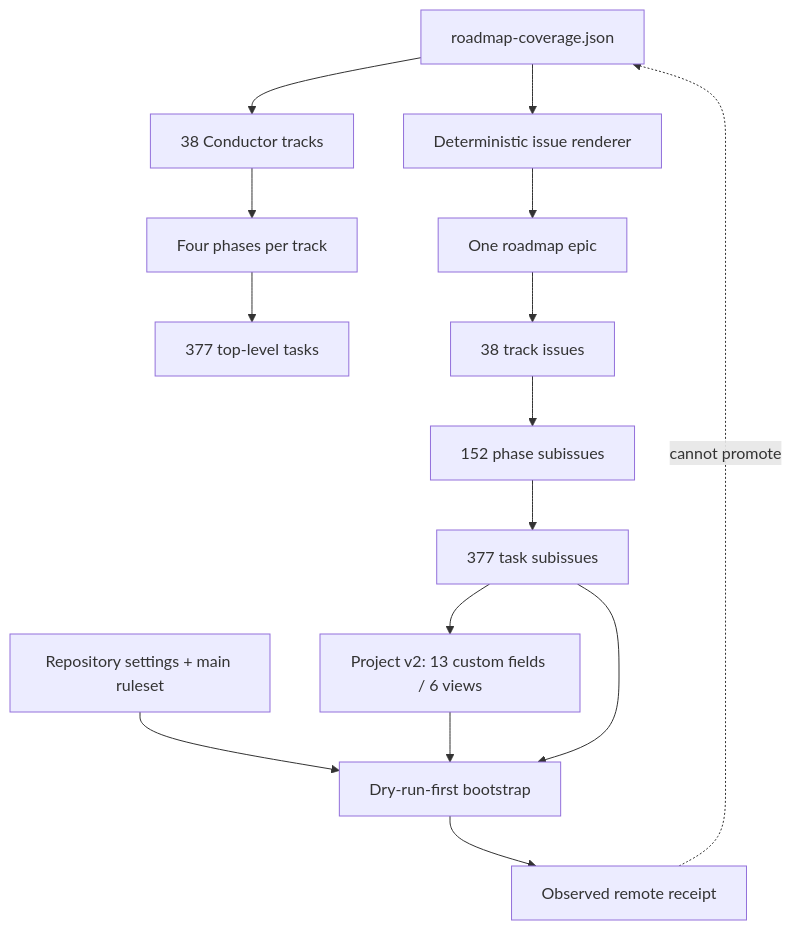
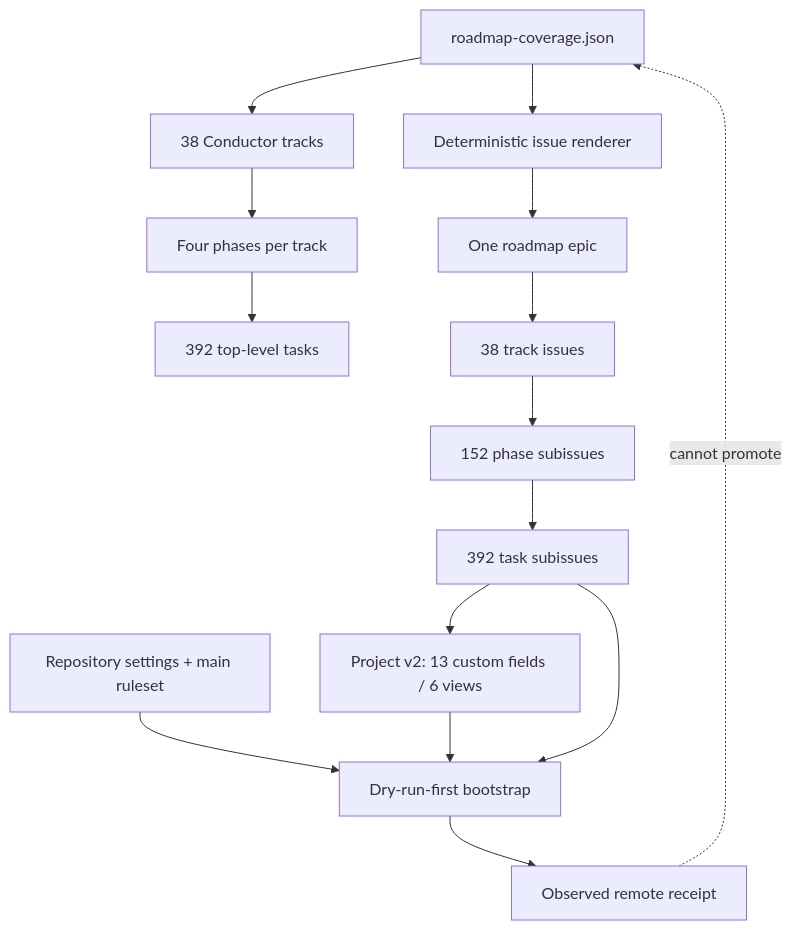
Before and after one commit to edithatogo/searchright: the seventh of 9 diagrams in conductor/design.md, drawn with Mermaid. The commit also changed 50 other files, not shown here.

Commit message:
docs(30): add executable launch preparation roadmap

````diff
--- a/conductor/design.md
+++ b/conductor/design.md
@@ -147,17 +147,17 @@
 ```mermaid
 flowchart TB
   COV[roadmap-coverage.json] --> TRACKS[38 Conductor tracks]
   TRACKS --> PLANS[Four phases per track]
-  PLANS --> TASKS[377 top-level tasks]
+  PLANS --> TASKS[392 top-level tasks]
   COV --> RENDER[Deterministic issue renderer]
   RENDER --> EPIC[One roadmap epic]
   EPIC --> ISSUES[38 track issues]
   ISSUES --> PHASES[152 phase subissues]
-  PHASES --> TSUB[377 task subissues]
+  PHASES --> TSUB[392 task subissues]
   TSUB --> PROJECT[Project v2: 13 custom fields / 6 views]
   SETTINGS[Repository settings + main ruleset] --> BOOT[Dry-run-first bootstrap]
   PROJECT --> BOOT
   TSUB --> BOOT
   BOOT --> RECEIPT[Observed remote receipt]
   RECEIPT -. cannot promote .-> COV
 ```
````
